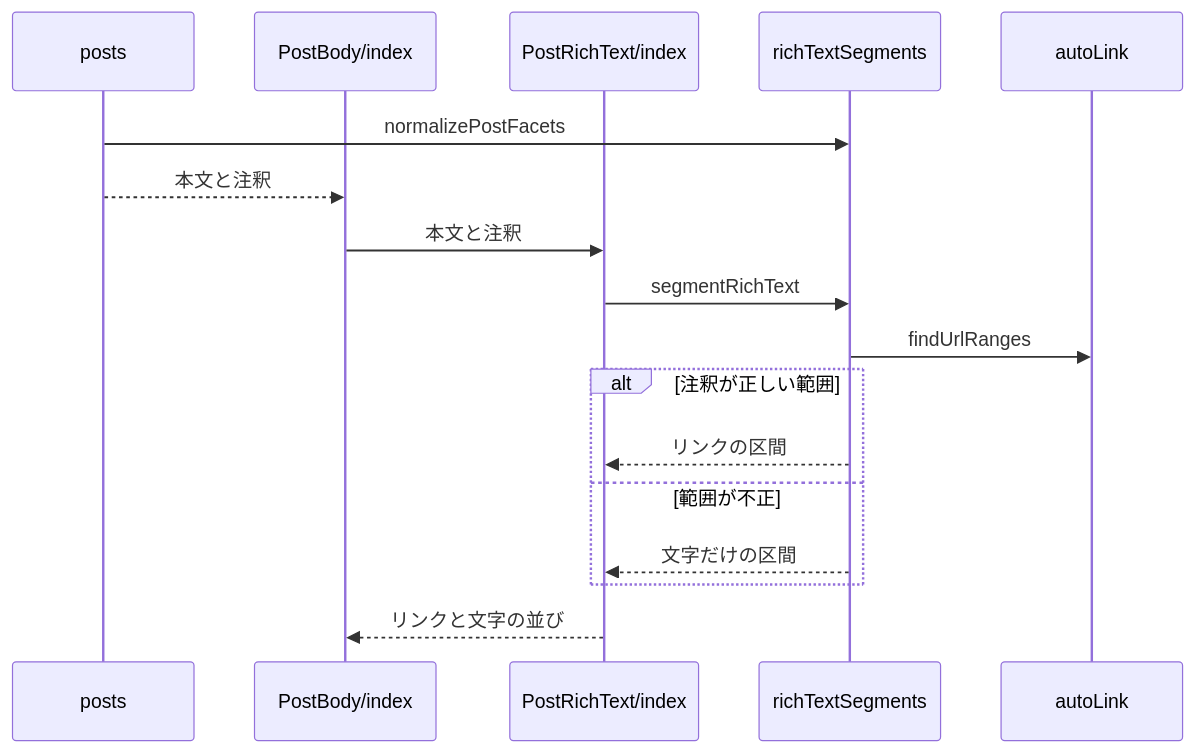
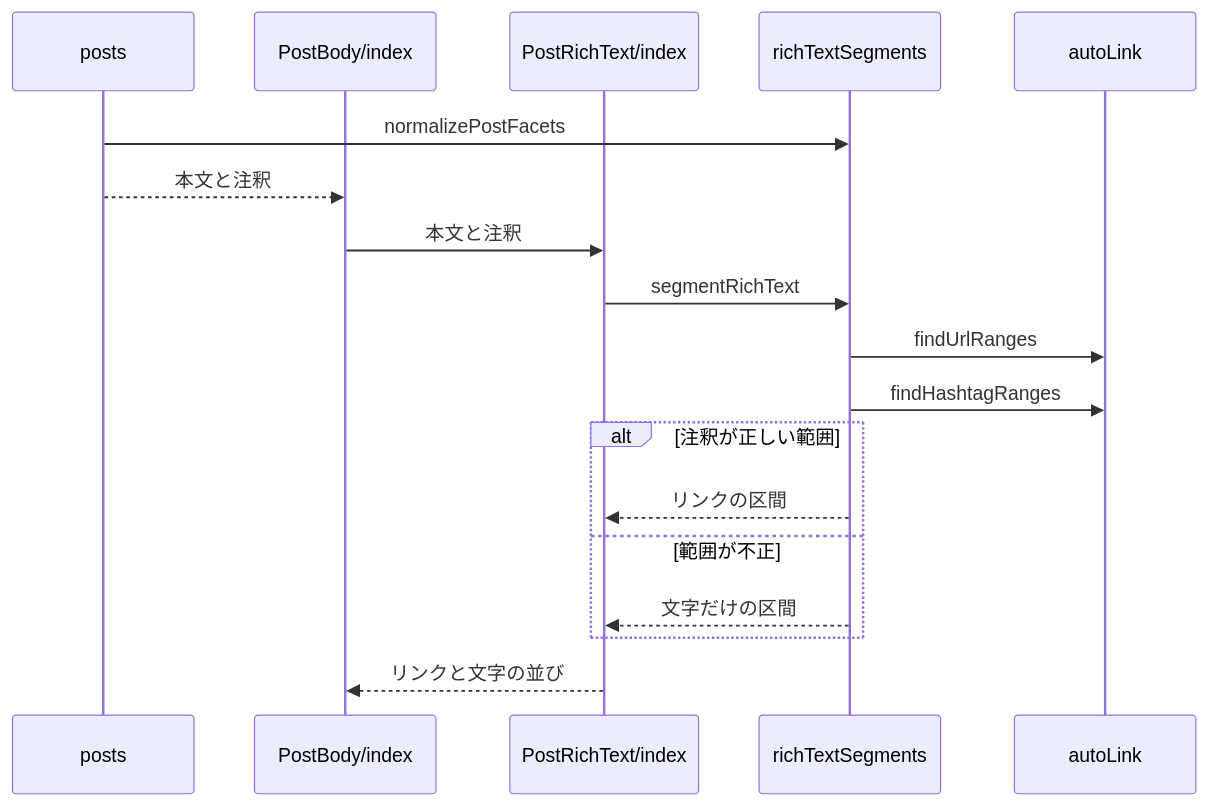
Before and after one commit to nekono-dev/skyshare: the second of 2 diagrams in specs/post-rich-text/design.md, drawn with Mermaid. The commit also changed other lines of this file and 11 other files, not shown here.

````diff
--- a/specs/post-rich-text/design.md
+++ b/specs/post-rich-text/design.md
@@ -35,19 +37,20 @@
 ```mermaid
 sequenceDiagram
   participant posts
   participant pbi as PostBody/index
   participant prti as PostRichText/index
   participant richTextSegments
   participant autoLink
   posts->>richTextSegments: normalizePostFacets
   posts-->>pbi: 本文と注釈
   pbi->>prti: 本文と注釈
   prti->>richTextSegments: segmentRichText
   richTextSegments->>autoLink: findUrlRanges
+  richTextSegments->>autoLink: findHashtagRanges
   alt 注釈が正しい範囲
     richTextSegments-->>prti: リンクの区間
   else 範囲が不正
     richTextSegments-->>prti: 文字だけの区間
   end
   prti-->>pbi: リンクと文字の並び
 ```
````
